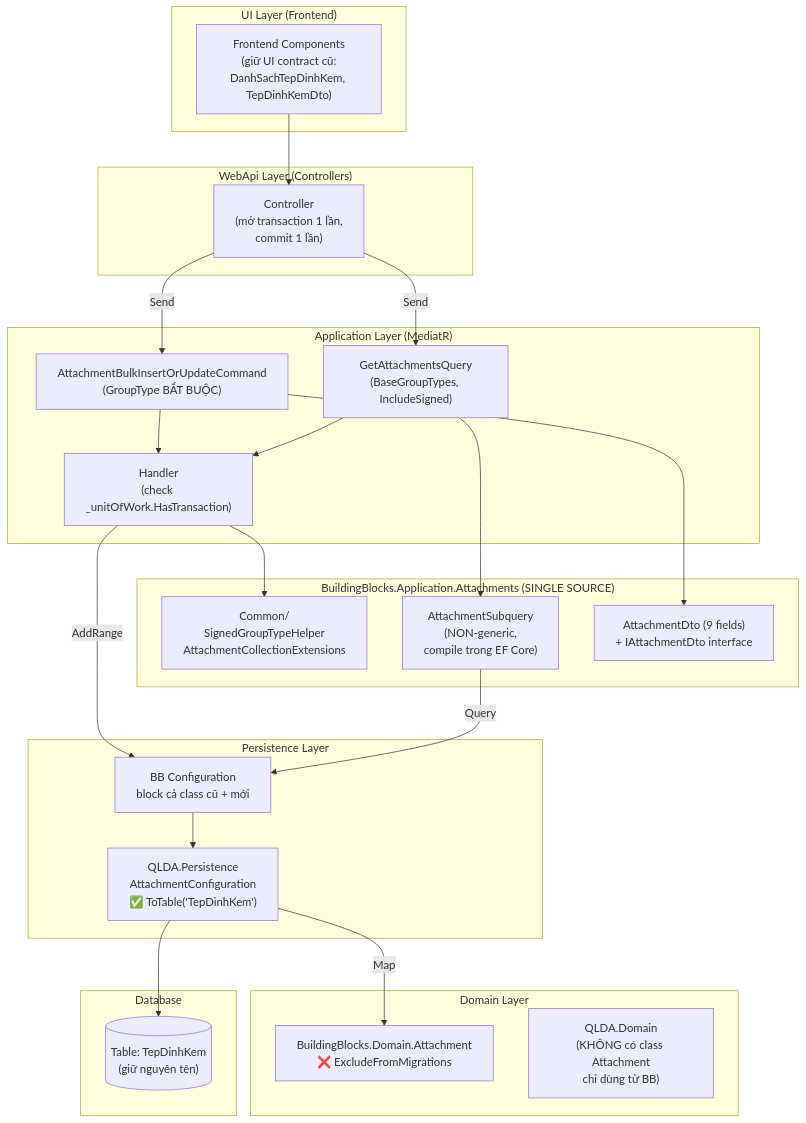
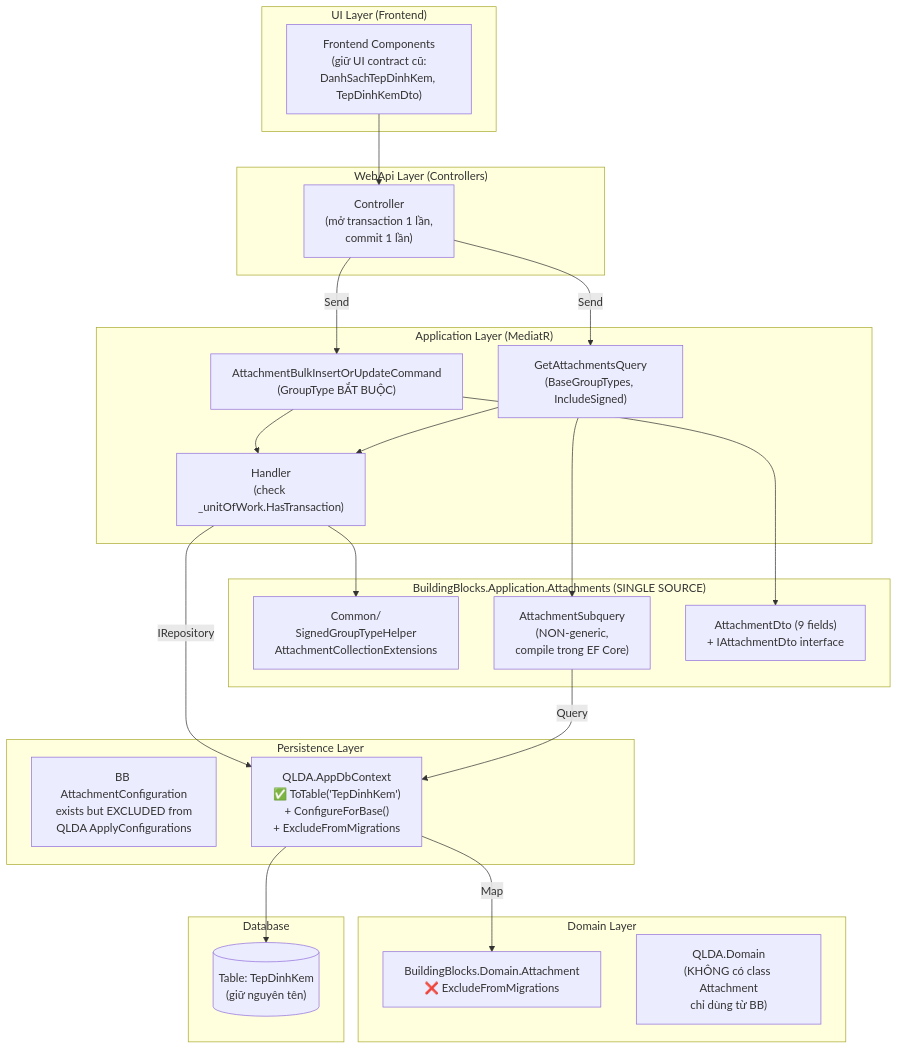
The first of 6 diagrams in docs/issues/Refactor Consolidate attachment files/plan.md (thinlam/Quan_Ly_Du_An), drawn with Mermaid before and after one commit. The commit also changed other lines of this file and 2 other files, not shown here.

First line of the commit message:
QLDA: fix Attachment ConfigureForBase in AppDbContext after merge

````diff
--- a/docs/issues/Refactor Consolidate attachment files/plan.md
+++ b/docs/issues/Refactor Consolidate attachment files/plan.md
@@ -2126,50 +2089,49 @@
 ```mermaid
 flowchart TB
     subgraph "UI Layer (Frontend)"
         UI["Frontend Components<br/>(giữ UI contract cũ:<br/>DanhSachTepDinhKem, TepDinhKemDto)"]
     end
 
     subgraph "WebApi Layer (Controllers)"
         CTRL["Controller<br/>(mở transaction 1 lần,<br/>commit 1 lần)"]
     end
 
     subgraph "Application Layer (MediatR)"
         CMD["AttachmentBulkInsertOrUpdateCommand<br/>(GroupType BẮT BUỘC)"]
         QRY["GetAttachmentsQuery<br/>(BaseGroupTypes, IncludeSigned)"]
         HND["Handler<br/>(check _unitOfWork.HasTransaction)"]
     end
 
     subgraph "BuildingBlocks.Application.Attachments (SINGLE SOURCE)"
         COMMON["Common/<br/>SignedGroupTypeHelper<br/>AttachmentCollectionExtensions"]
         SUBQ["AttachmentSubquery<br/>(NON-generic,<br/>compile trong EF Core)"]
         DTO["AttachmentDto (9 fields)<br/>+ IAttachmentDto interface"]
     end
 
     subgraph "Domain Layer"
         BB["BuildingBlocks.Domain.Attachment<br/>❌ ExcludeFromMigrations"]
         QDD["QLDA.Domain<br/>(KHÔNG có class Attachment<br/>chỉ dùng từ BB)"]
     end
 
     subgraph "Persistence Layer"
-        BBCFG["BB Configuration<br/>block cả class cũ + mới"]
-        QDCFG["QLDA.Persistence<br/>AttachmentConfiguration<br/>✅ ToTable('TepDinhKem')"]
+        BBCFG["BB AttachmentConfiguration<br/>exists but EXCLUDED from<br/>QLDA ApplyConfigurations"]
+        QDCFG["QLDA.AppDbContext<br/>✅ ToTable('TepDinhKem')<br/>+ ConfigureForBase()<br/>+ ExcludeFromMigrations"]
     end
 
     subgraph "Database"
         DB[("Table: TepDinhKem<br/>(giữ nguyên tên)")]
     end
 
     UI --> CTRL
     CTRL -->|Send| CMD
     CTRL -->|Send| QRY
     CMD --> HND
     QRY --> HND
     HND --> COMMON
     QRY --> SUBQ
     CMD --> DTO
-    HND -->|AddRange| BBCFG
-    SUBQ -->|Query| BBCFG
-    BBCFG --> QDCFG
+    HND -->|IRepository| QDCFG
+    SUBQ -->|Query| QDCFG
     QDCFG -->|Map| BB
     QDCFG --> DB
 ```
````
